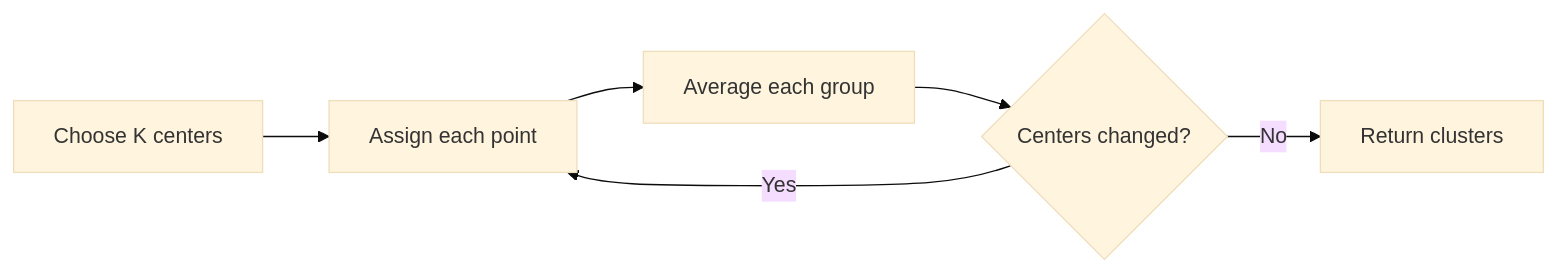
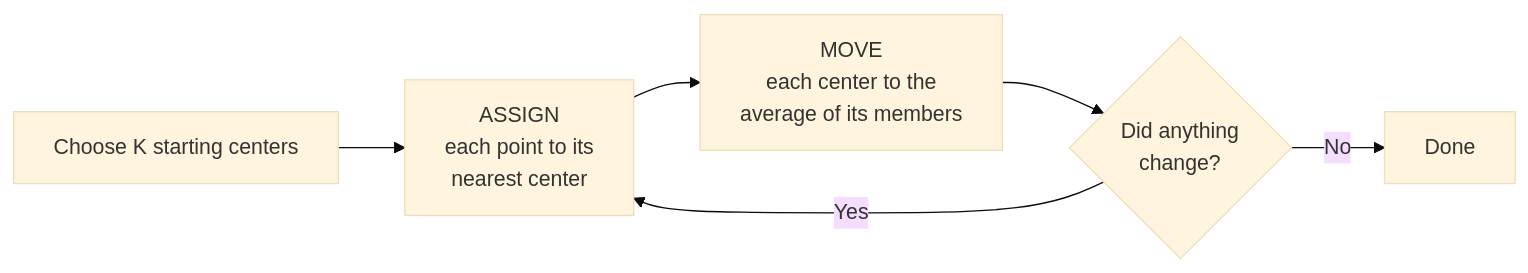
One commit to mrdavidlong/ml-training-inference-labs changed the diagram in docs/10-kmeans.md. Above: the diagram before and after it, drawn with Mermaid (base theme). The commit also changed other lines of this file and 13 other files, not shown here.

````diff
--- a/docs/10-kmeans.md
+++ b/docs/10-kmeans.md
@@ -6,8 +44,8 @@
 ```mermaid
 flowchart LR
-    A["Choose K centers"] --> B["Assign each point"]
-    B --> C["Average each group"]
-    C --> D{"Centers changed?"}
+    A["Choose K starting centers"] --> B["ASSIGN<br/>each point to its<br/>nearest center"]
+    B --> C["MOVE<br/>each center to the<br/>average of its members"]
+    C --> D{"Did anything<br/>change?"}
     D -->|Yes| B
-    D -->|No| E["Return clusters"]
+    D -->|No| E["Done"]
 ```
````
